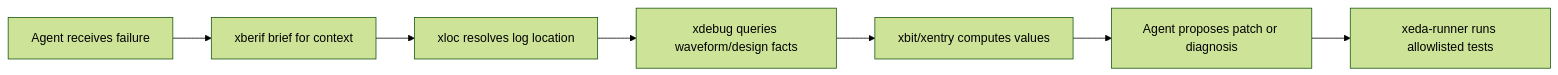
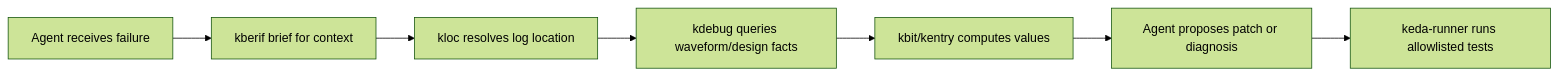
One commit to ysyx-22040210-yudian/xverif changed the sixth of 6 diagrams in README.md. Above: the diagram before and after it, drawn with Mermaid (forest theme). The commit also changed other lines of this file and 2243 other files, not shown here.

````diff
--- a/README.md
+++ b/README.md
@@ -1865,9 +1867,9 @@
 ```mermaid
 flowchart LR
-    A["Agent receives failure"] --> B["xberif brief for context"]
-    B --> C["xloc resolves log location"]
-    C --> D["xdebug queries waveform/design facts"]
-    D --> E["xbit/xentry computes values"]
+    A["Agent receives failure"] --> B["kberif brief for context"]
+    B --> C["kloc resolves log location"]
+    C --> D["kdebug queries waveform/design facts"]
+    D --> E["kbit/kentry computes values"]
     E --> F["Agent proposes patch or diagnosis"]
-    F --> G["xeda-runner runs allowlisted tests"]
+    F --> G["keda-runner runs allowlisted tests"]
 ```
````
